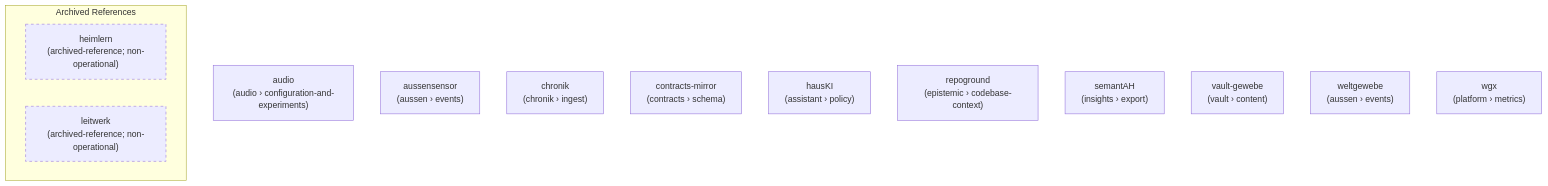
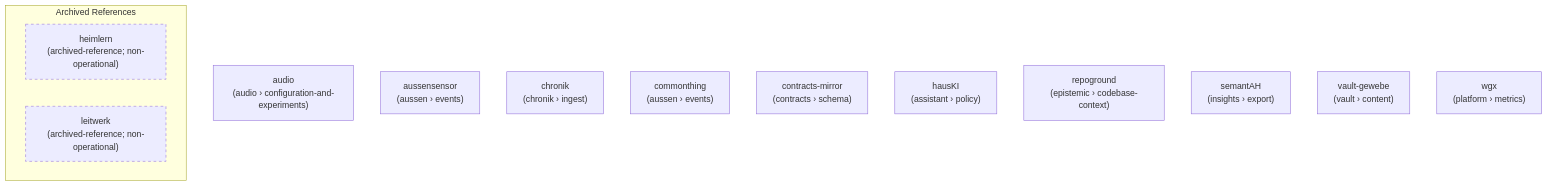
Before and after one commit to heimgewebe/metarepo: the diagram in docs/org-graph.mmd, drawn with Mermaid.

Commit message:
fix: regenerate org graph after repository rename

```diff
--- a/docs/org-graph.mmd
+++ b/docs/org-graph.mmd
@@ -1,19 +1,19 @@
 %% Org dependency graph
 %% Generated by scripts/generate_org_assets.py; do not edit manually.
 graph TD
     audio["audio\n(audio › configuration-and-experiments)"]
     aussensensor["aussensensor\n(aussen › events)"]
     chronik["chronik\n(chronik › ingest)"]
+    commonthing["commonthing\n(aussen › events)"]
     contracts_mirror["contracts-mirror\n(contracts › schema)"]
     hausKI["hausKI\n(assistant › policy)"]
     repoground["repoground\n(epistemic › codebase-context)"]
     semantAH["semantAH\n(insights › export)"]
     vault_gewebe["vault-gewebe\n(vault › content)"]
-    weltgewebe["weltgewebe\n(aussen › events)"]
     wgx["wgx\n(platform › metrics)"]
     subgraph archived_references["Archived References"]
         archived_heimlern["heimlern\n(archived-reference; non-operational)"]
         style archived_heimlern stroke-dasharray: 5 5
         archived_leitwerk["leitwerk\n(archived-reference; non-operational)"]
         style archived_leitwerk stroke-dasharray: 5 5
     end
```
